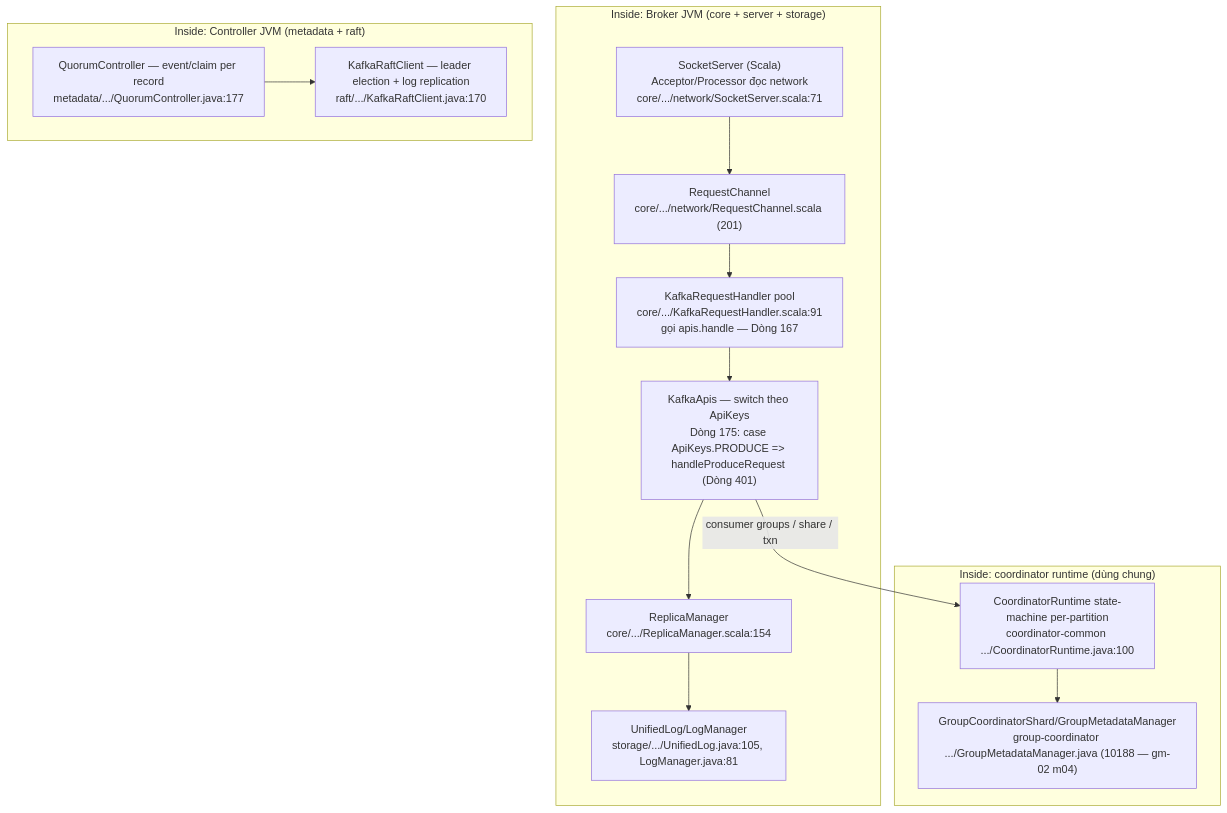
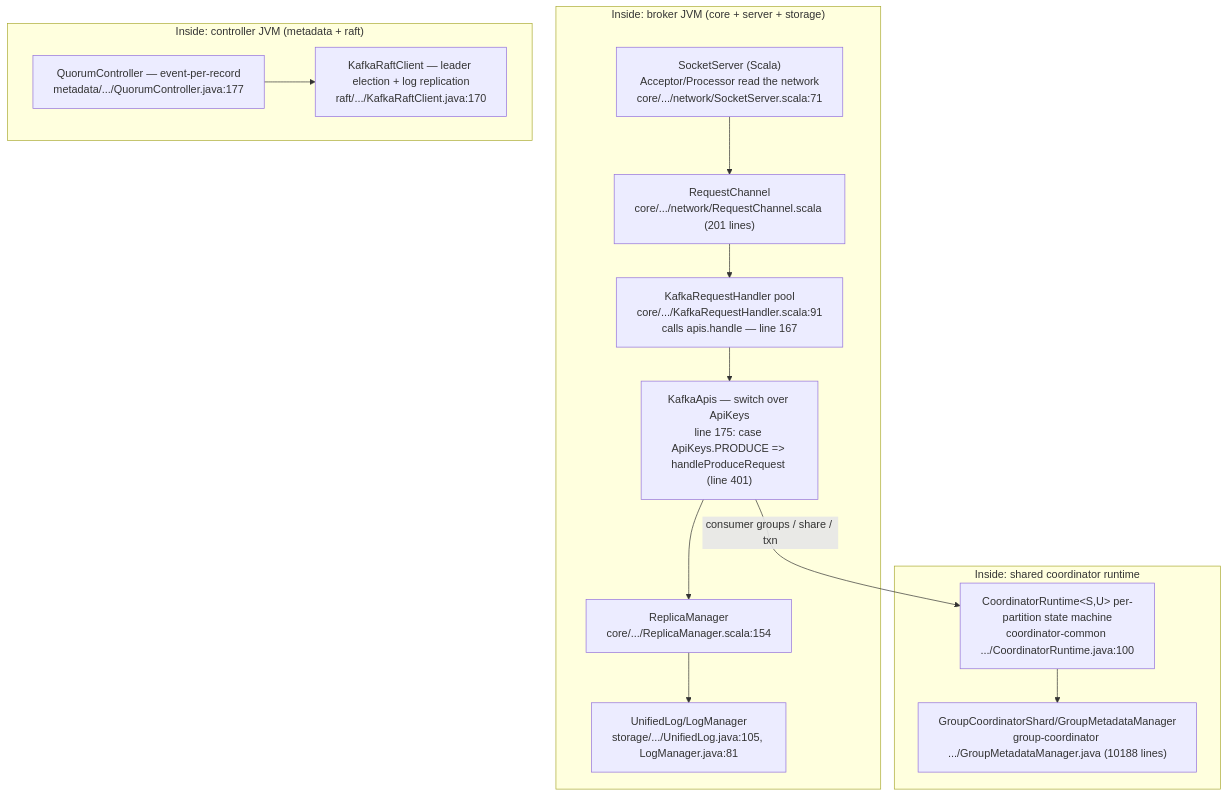
The third of 3 diagrams in docs/kafka/04-overview.md (Stellarhold170NT/cassian), drawn with Mermaid before and after one commit. The commit also changed other lines of this file and 4 other files, not shown here.

````diff
--- a/docs/kafka/04-overview.md
+++ b/docs/kafka/04-overview.md
@@ -106,22 +168,22 @@
 ```mermaid
 flowchart TB
-    subgraph brokerInternal["Inside: Broker JVM (core + server + storage)"]
-        A["SocketServer (Scala)<br/>Acceptor/Processor đọc network<br/>core/.../network/SocketServer.scala:71"]
-        B["RequestChannel<br/>core/.../network/RequestChannel.scala (201)"]
-        C2["KafkaRequestHandler pool<br/>core/.../KafkaRequestHandler.scala:91<br/>gọi apis.handle — Dòng 167"]
-        D["KafkaApis — switch theo ApiKeys<br/>Dòng 175: case ApiKeys.PRODUCE => handleProduceRequest (Dòng 401)"]
+    subgraph brokerInternal["Inside: broker JVM (core + server + storage)"]
+        A["SocketServer (Scala)<br/>Acceptor/Processor read the network<br/>core/.../network/SocketServer.scala:71"]
+        B["RequestChannel<br/>core/.../network/RequestChannel.scala (201 lines)"]
+        C2["KafkaRequestHandler pool<br/>core/.../KafkaRequestHandler.scala:91<br/>calls apis.handle — line 167"]
+        D["KafkaApis — switch over ApiKeys<br/>line 175: case ApiKeys.PRODUCE => handleProduceRequest (line 401)"]
         E["ReplicaManager<br/>core/.../ReplicaManager.scala:154"]
         F["UnifiedLog/LogManager<br/>storage/.../UnifiedLog.java:105, LogManager.java:81"]
     end
-    subgraph coordRuntime["Inside: coordinator runtime (dùng chung)"]
-        G["CoordinatorRuntime<S,U> state-machine per-partition<br/>coordinator-common .../CoordinatorRuntime.java:100"]
-        H["GroupCoordinatorShard/GroupMetadataManager<br/>group-coordinator .../GroupMetadataManager.java (10188 — gm-02 m04)"]
+    subgraph coordRuntime["Inside: shared coordinator runtime"]
+        G["CoordinatorRuntime&lt;S,U&gt; per-partition state machine<br/>coordinator-common .../CoordinatorRuntime.java:100"]
+        H["GroupCoordinatorShard/GroupMetadataManager<br/>group-coordinator .../GroupMetadataManager.java (10188 lines)"]
     end
-    subgraph kraftInternal["Inside: Controller JVM (metadata + raft)"]
-        I["QuorumController — event/claim per record<br/>metadata/.../QuorumController.java:177"]
+    subgraph kraftInternal["Inside: controller JVM (metadata + raft)"]
+        I["QuorumController — event-per-record<br/>metadata/.../QuorumController.java:177"]
         J["KafkaRaftClient — leader election + log replication<br/>raft/.../KafkaRaftClient.java:170"]
     end
     A --> B --> C2 --> D --> E --> F
     D -->|"consumer groups / share / txn"| G --> H
     I --> J
 ```
````
